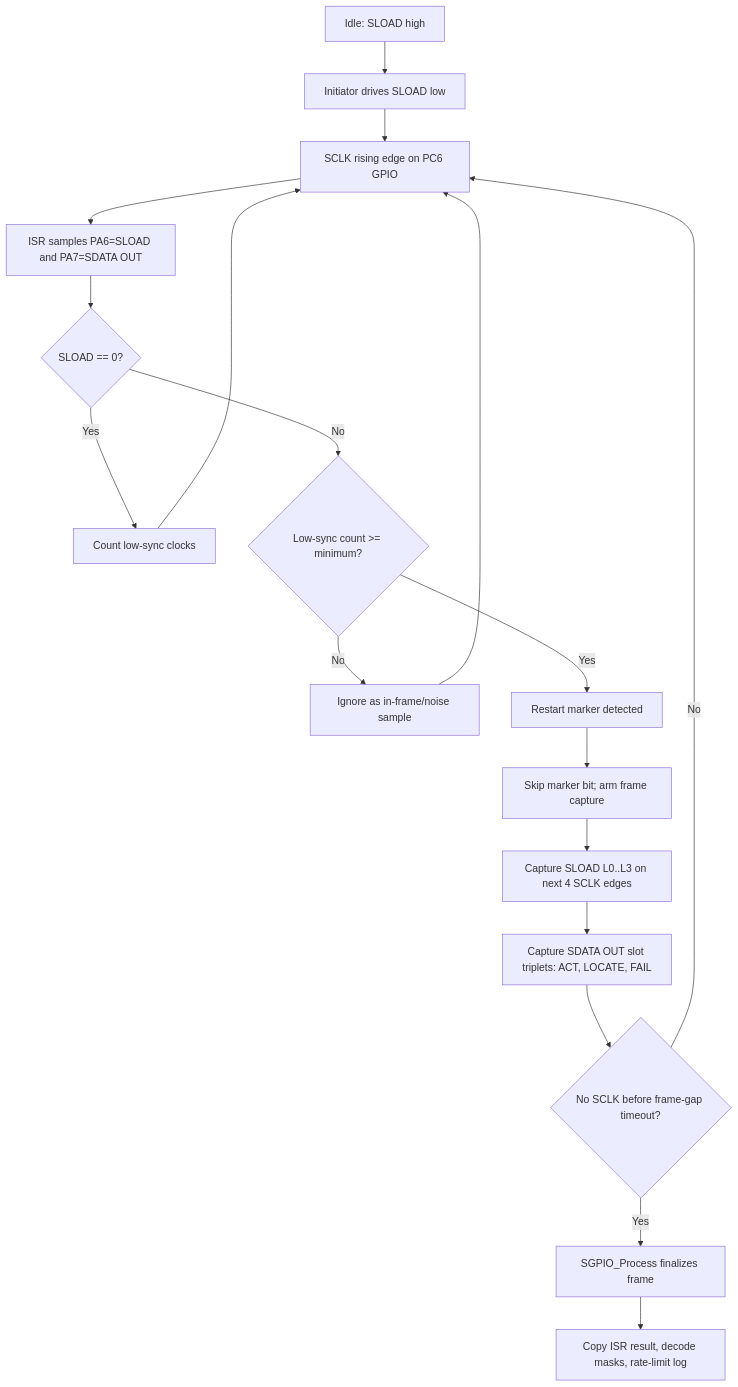
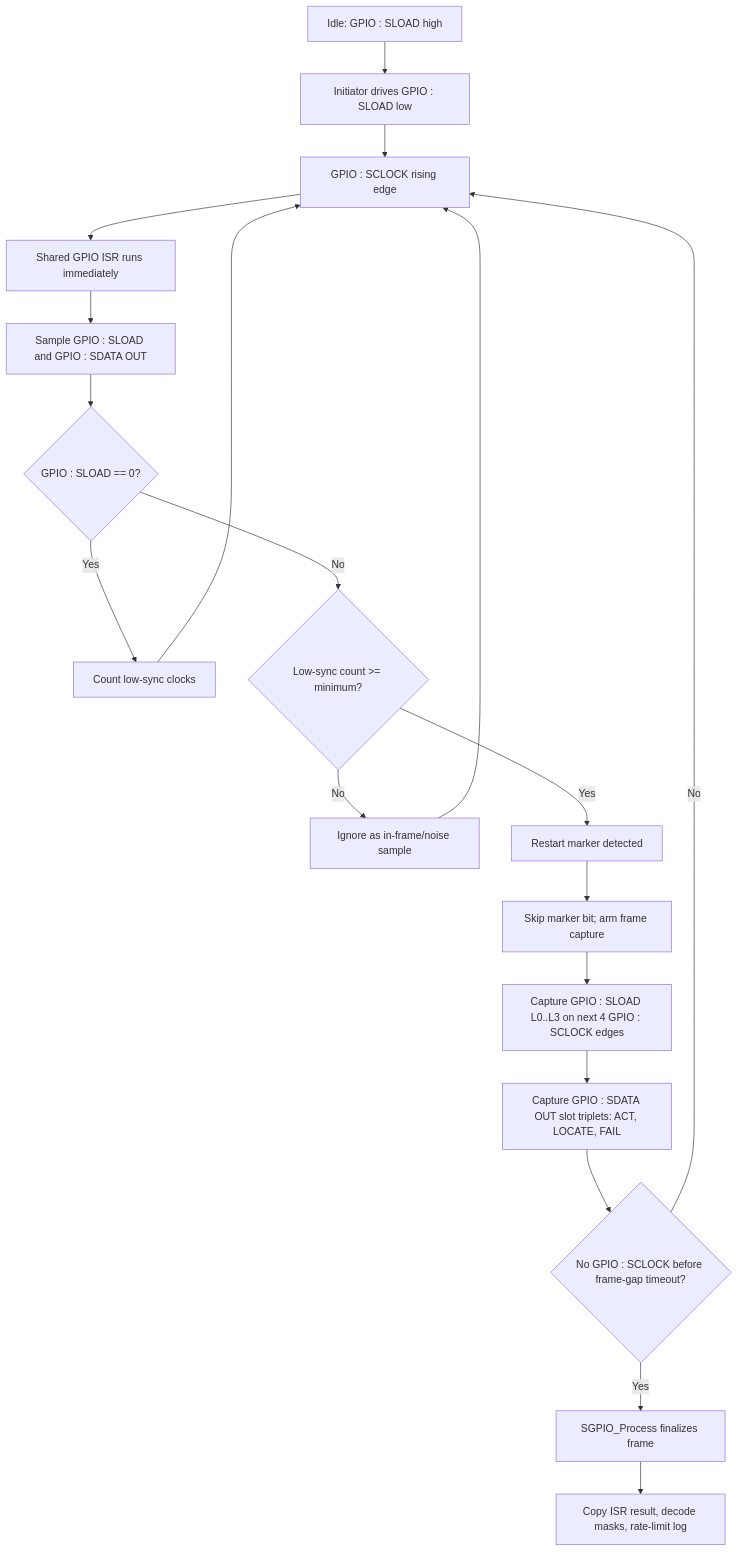
The diagram in README.md (released/M031BSP_Software_SGPIO), drawn with Mermaid before and after one commit. The commit also changed other lines of this file and 2 other files, not shown here.

Commit message:
update
update

````diff
--- a/README.md
+++ b/README.md
@@ -127,20 +127,21 @@
 ```mermaid
 flowchart TD
-    A["Idle: SLOAD high"] --> B["Initiator drives SLOAD low"]
-    B --> C["SCLK rising edge on PC6 GPIO"]
-    C --> D["ISR samples PA6=SLOAD and PA7=SDATA OUT"]
-    D --> E{"SLOAD == 0?"}
-    E -->|Yes| F["Count low-sync clocks"]
-    F --> C
-    E -->|No| G{"Low-sync count >= minimum?"}
-    G -->|No| H["Ignore as in-frame/noise sample"]
-    H --> C
-    G -->|Yes| I["Restart marker detected"]
-    I --> J["Skip marker bit; arm frame capture"]
-    J --> K["Capture SLOAD L0..L3 on next 4 SCLK edges"]
-    K --> L["Capture SDATA OUT slot triplets: ACT, LOCATE, FAIL"]
-    L --> M{"No SCLK before frame-gap timeout?"}
-    M -->|No| C
-    M -->|Yes| N["SGPIO_Process finalizes frame"]
-    N --> O["Copy ISR result, decode masks, rate-limit log"]
+    A["Idle: GPIO : SLOAD high"] --> B["Initiator drives GPIO : SLOAD low"]
+    B --> C["GPIO : SCLOCK rising edge"]
+    C --> D["Shared GPIO ISR runs immediately"]
+    D --> E["Sample GPIO : SLOAD and GPIO : SDATA OUT"]
+    E --> F{"GPIO : SLOAD == 0?"}
+    F -->|Yes| G["Count low-sync clocks"]
+    G --> C
+    F -->|No| H{"Low-sync count >= minimum?"}
+    H -->|No| I["Ignore as in-frame/noise sample"]
+    I --> C
+    H -->|Yes| J["Restart marker detected"]
+    J --> K["Skip marker bit; arm frame capture"]
+    K --> L["Capture GPIO : SLOAD L0..L3 on next 4 GPIO : SCLOCK edges"]
+    L --> M["Capture GPIO : SDATA OUT slot triplets: ACT, LOCATE, FAIL"]
+    M --> N{"No GPIO : SCLOCK before frame-gap timeout?"}
+    N -->|No| C
+    N -->|Yes| O["SGPIO_Process finalizes frame"]
+    O --> P["Copy ISR result, decode masks, rate-limit log"]
 ```
````
